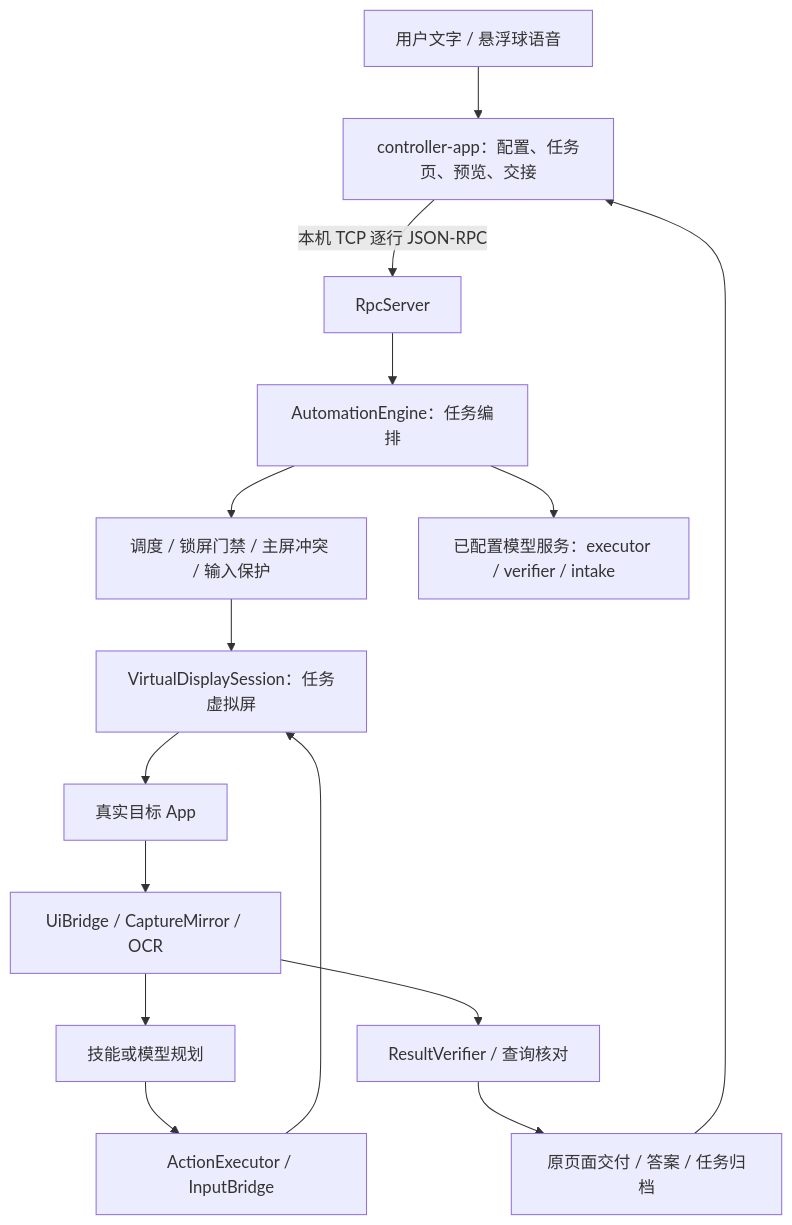
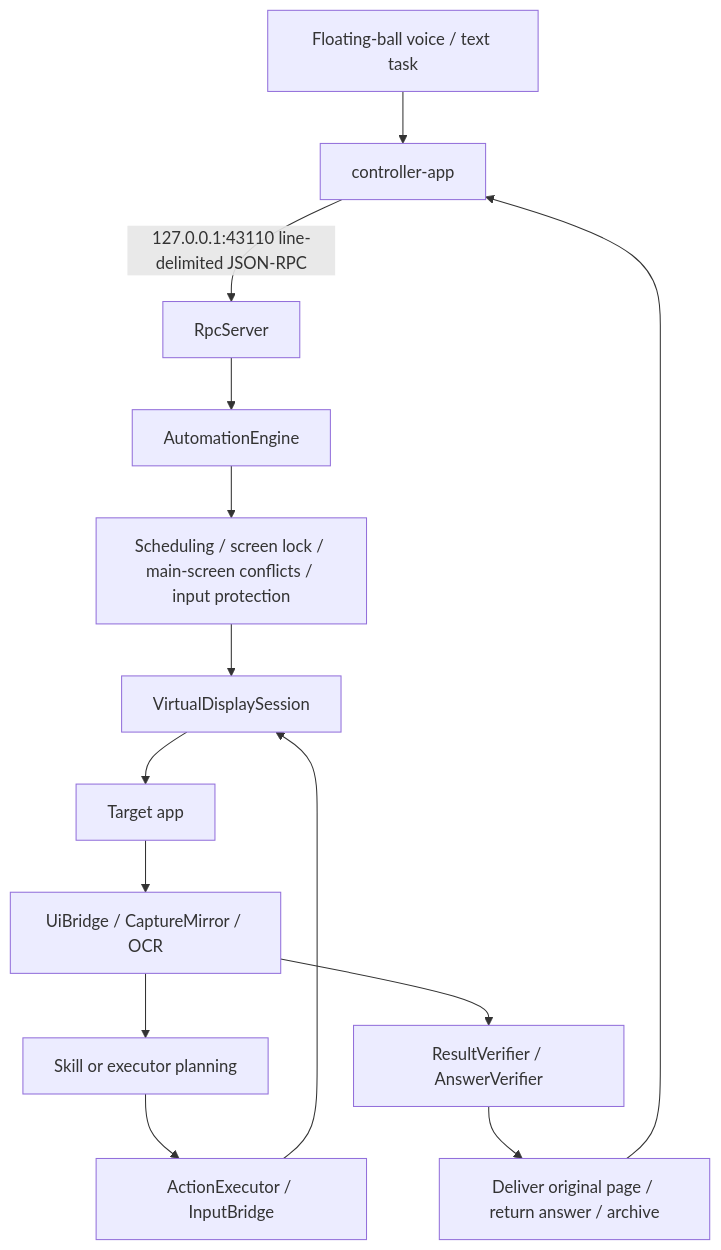
Before and after one commit to Cyclopsxu/QuietPilot: the diagram in docs/DEVELOPMENT.md, drawn with Mermaid. The commit also changed other lines of this file and 8 other files, not shown here.

````diff
--- a/docs/DEVELOPMENT.md
+++ b/docs/DEVELOPMENT.md
@@ -32,17 +28,16 @@
 ```mermaid
 flowchart TD
-    U[用户文字 / 悬浮球语音] --> C[controller-app：配置、任务页、预览、交接]
-    C -->|本机 TCP 逐行 JSON-RPC| R[RpcServer]
-    R --> E[AutomationEngine：任务编排]
-    E --> G[调度 / 锁屏门禁 / 主屏冲突 / 输入保护]
-    G --> D[VirtualDisplaySession：任务虚拟屏]
-    D --> A[真实目标 App]
+    U[Floating-ball voice / text task] --> C[controller-app]
+    C -->|127.0.0.1:43110 line-delimited JSON-RPC| R[RpcServer]
+    R --> E[AutomationEngine]
+    E --> G[Scheduling / screen lock / main-screen conflicts / input protection]
+    G --> D[VirtualDisplaySession]
+    D --> A[Target app]
     A --> O[UiBridge / CaptureMirror / OCR]
-    O --> P[技能或模型规划]
+    O --> P[Skill or executor planning]
     P --> X[ActionExecutor / InputBridge]
     X --> D
-    O --> V[ResultVerifier / 查询核对]
-    V --> H[原页面交付 / 答案 / 任务归档]
+    O --> V[ResultVerifier / AnswerVerifier]
+    V --> H[Deliver original page / return answer / archive]
     H --> C
-    E --> M[已配置模型服务：executor / verifier / intake]
 ```
````
